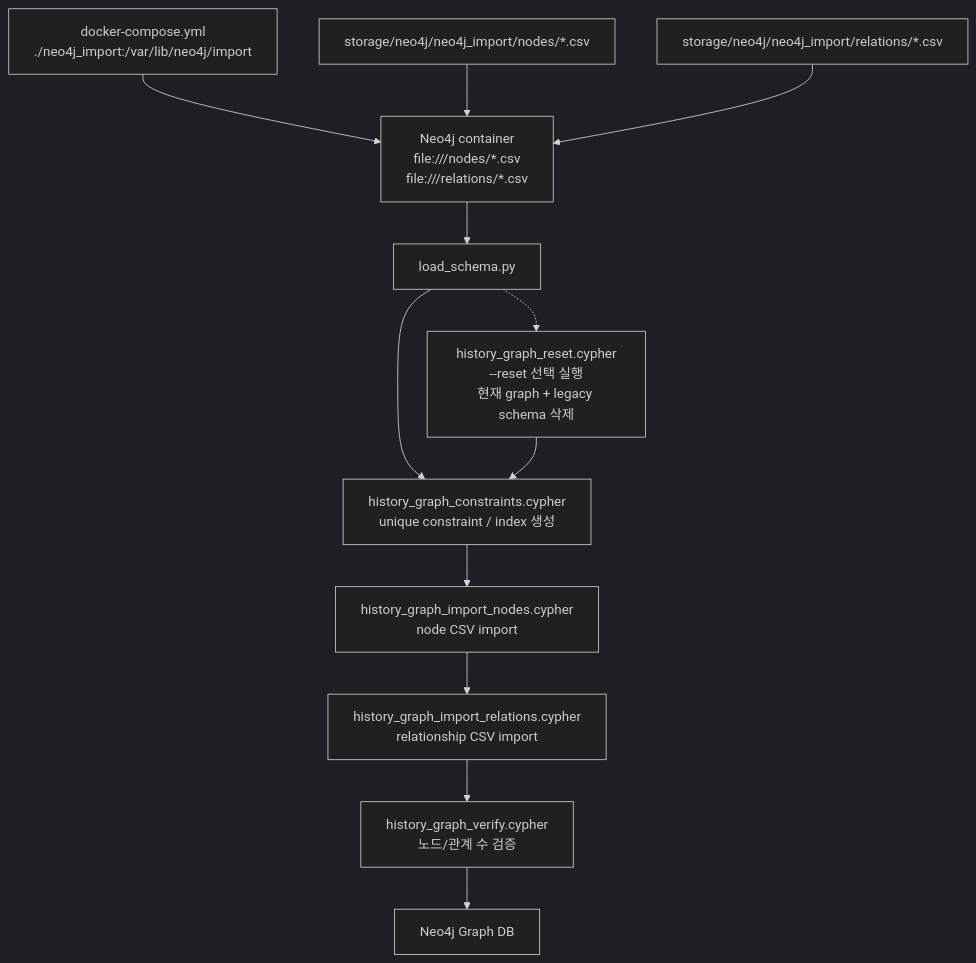
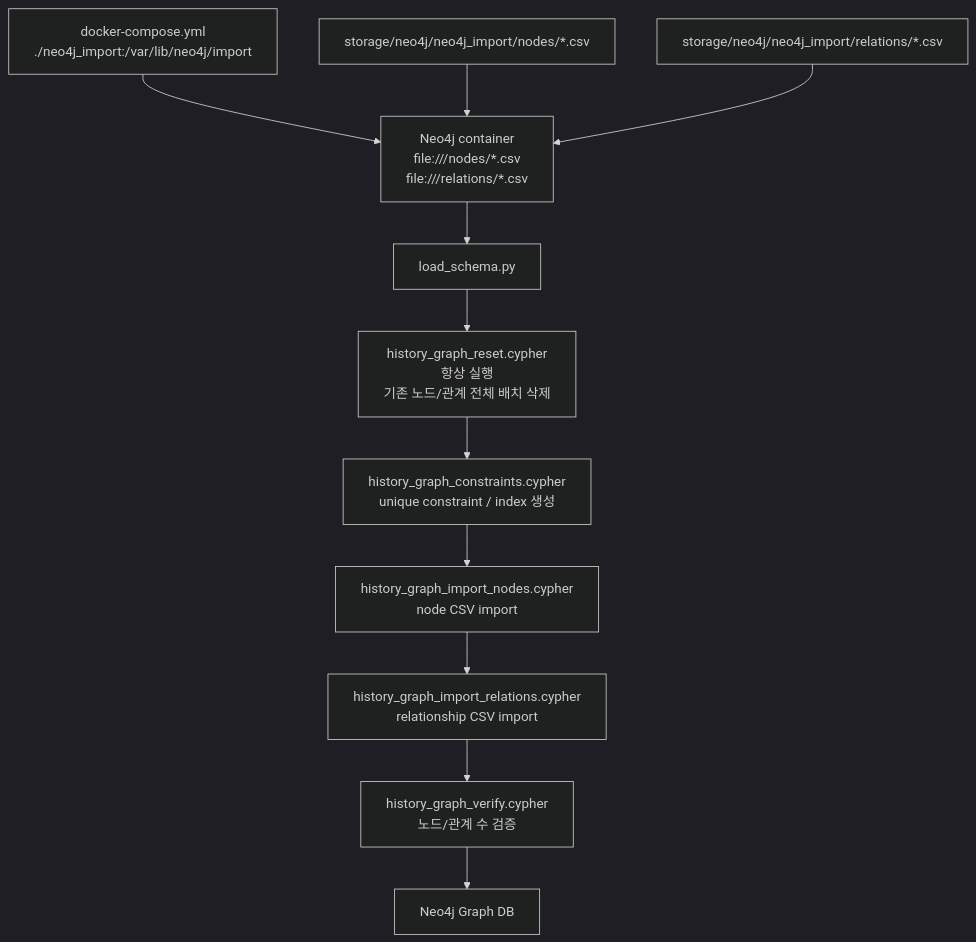
One commit to SKNETWORKS-FAMILY-AICAMP/SKN27-FINAL-2Team changed diagram 16 of 18 in docs/neo4j/neo4j_implementation_mermaid_flow.md. Above: the diagram before and after it, drawn with Mermaid (dark theme). The commit also changed other lines of this file and 7 other files, not shown here.

````diff
--- a/docs/neo4j/neo4j_implementation_mermaid_flow.md
+++ b/docs/neo4j/neo4j_implementation_mermaid_flow.md
@@ -683,31 +683,30 @@
 ```mermaid
 flowchart TB
     docker["docker-compose.yml<br/>./neo4j_import:/var/lib/neo4j/import"]
     import_nodes["storage/neo4j/neo4j_import/nodes/*.csv"]
     import_relations["storage/neo4j/neo4j_import/relations/*.csv"]
     container_import["Neo4j container<br/>file:///nodes/*.csv<br/>file:///relations/*.csv"]
 
     load_schema["load_schema.py"]
 
-    reset["history_graph_reset.cypher<br/>--reset 선택 실행<br/>현재 graph + legacy schema 삭제"]
+    reset["history_graph_reset.cypher<br/>항상 실행<br/>기존 노드/관계 전체 배치 삭제"]
     constraints["history_graph_constraints.cypher<br/>unique constraint / index 생성"]
     import_node_cypher["history_graph_import_nodes.cypher<br/>node CSV import"]
     import_relation_cypher["history_graph_import_relations.cypher<br/>relationship CSV import"]
     verify["history_graph_verify.cypher<br/>노드/관계 수 검증"]
 
     neo4j["Neo4j Graph DB"]
 
     docker --> container_import
     import_nodes --> container_import
     import_relations --> container_import
 
     container_import --> load_schema
 
-    load_schema -.-> reset
-    load_schema --> constraints
+    load_schema --> reset
     reset --> constraints
     constraints --> import_node_cypher
     import_node_cypher --> import_relation_cypher
     import_relation_cypher --> verify
     verify --> neo4j
 ```
````
